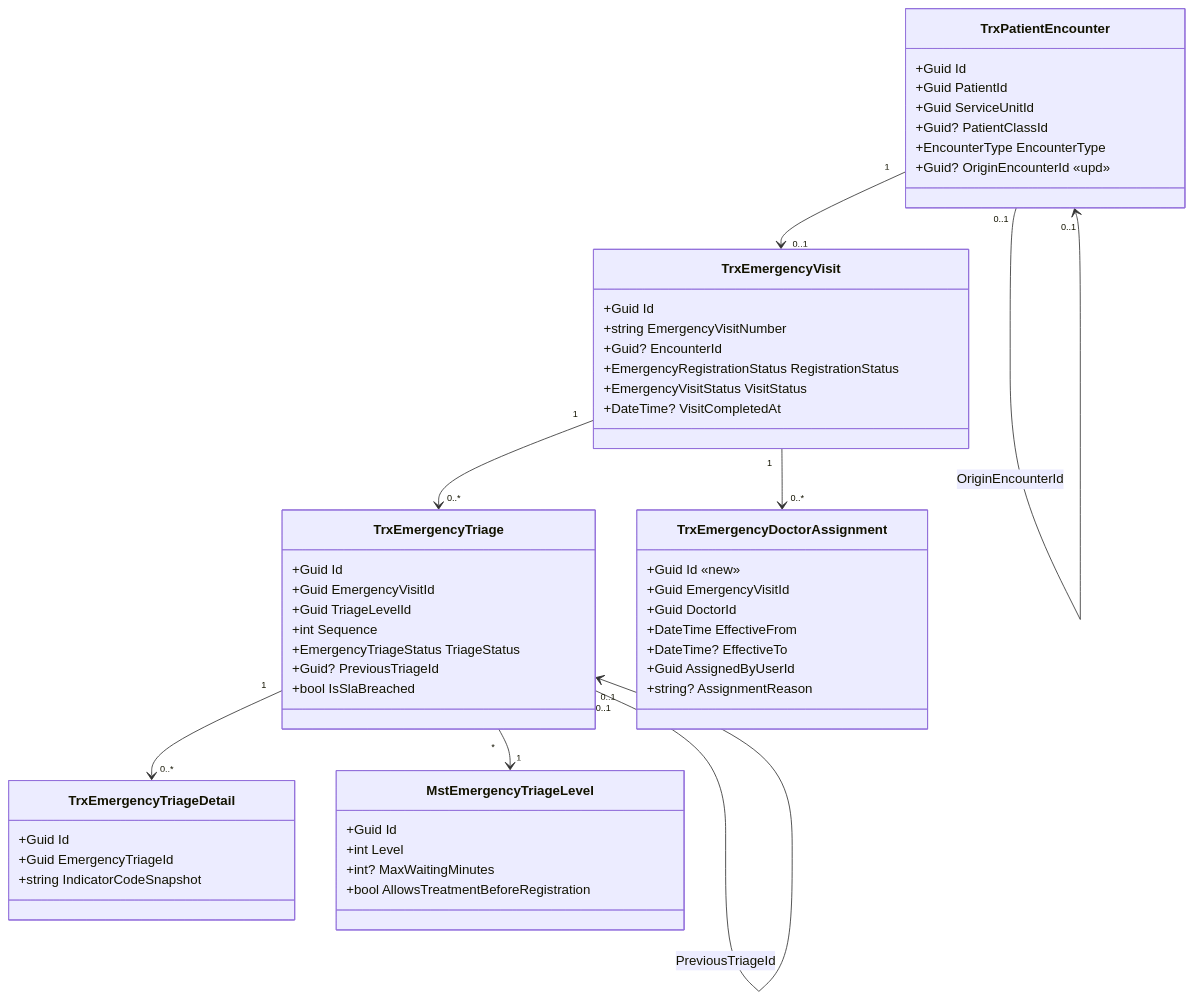
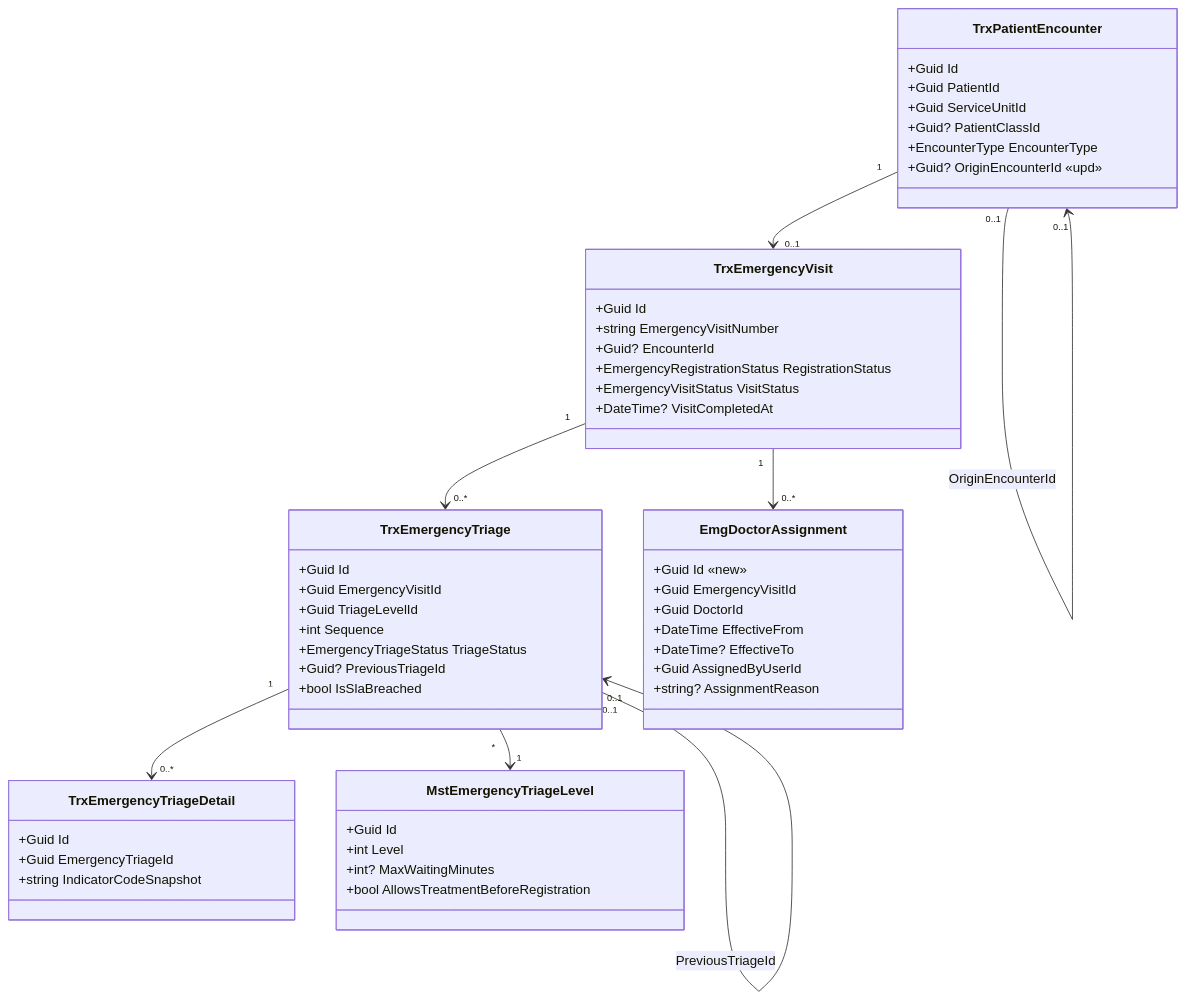
Before and after one commit to DevBenari/NewQuilvianSystemBackend: the first of 3 diagrams in docs/module-blueprints/igd/02-backend-architecture.md, drawn with Mermaid. The commit also changed other lines of this file and 19 other files, not shown here.

````diff
--- a/docs/module-blueprints/igd/02-backend-architecture.md
+++ b/docs/module-blueprints/igd/02-backend-architecture.md
@@ -98,56 +99,56 @@
 ```mermaid
 classDiagram
     class TrxPatientEncounter {
         +Guid Id
         +Guid PatientId
         +Guid ServiceUnitId
         +Guid? PatientClassId
         +EncounterType EncounterType
         +Guid? OriginEncounterId «upd»
     }
     class TrxEmergencyVisit {
         +Guid Id
         +string EmergencyVisitNumber
         +Guid? EncounterId
         +EmergencyRegistrationStatus RegistrationStatus
         +EmergencyVisitStatus VisitStatus
         +DateTime? VisitCompletedAt
     }
     class TrxEmergencyTriage {
         +Guid Id
         +Guid EmergencyVisitId
         +Guid TriageLevelId
         +int Sequence
         +EmergencyTriageStatus TriageStatus
         +Guid? PreviousTriageId
         +bool IsSlaBreached
     }
     class TrxEmergencyTriageDetail {
         +Guid Id
         +Guid EmergencyTriageId
         +string IndicatorCodeSnapshot
     }
-    class TrxEmergencyDoctorAssignment {
+    class EmgDoctorAssignment {
         +Guid Id «new»
         +Guid EmergencyVisitId
         +Guid DoctorId
         +DateTime EffectiveFrom
         +DateTime? EffectiveTo
         +Guid AssignedByUserId
         +string? AssignmentReason
     }
     class MstEmergencyTriageLevel {
         +Guid Id
         +int Level
         +int? MaxWaitingMinutes
         +bool AllowsTreatmentBeforeRegistration
     }
 
     TrxPatientEncounter "1" --> "0..1" TrxEmergencyVisit
     TrxPatientEncounter "0..1" --> "0..1" TrxPatientEncounter : OriginEncounterId
     TrxEmergencyVisit "1" --> "0..*" TrxEmergencyTriage
     TrxEmergencyTriage "1" --> "0..*" TrxEmergencyTriageDetail
     TrxEmergencyTriage "0..1" --> "0..1" TrxEmergencyTriage : PreviousTriageId
     TrxEmergencyTriage "*" --> "1" MstEmergencyTriageLevel
-    TrxEmergencyVisit "1" --> "0..*" TrxEmergencyDoctorAssignment
+    TrxEmergencyVisit "1" --> "0..*" EmgDoctorAssignment
 ```
````
